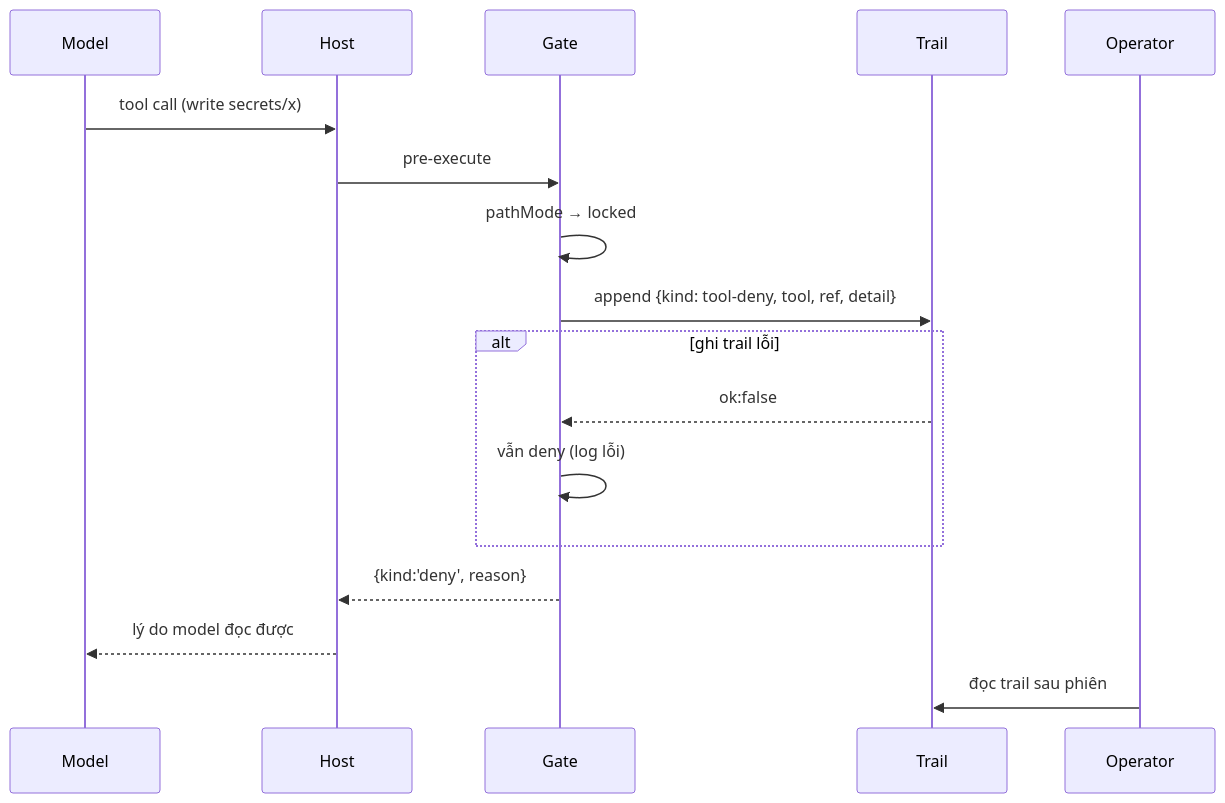
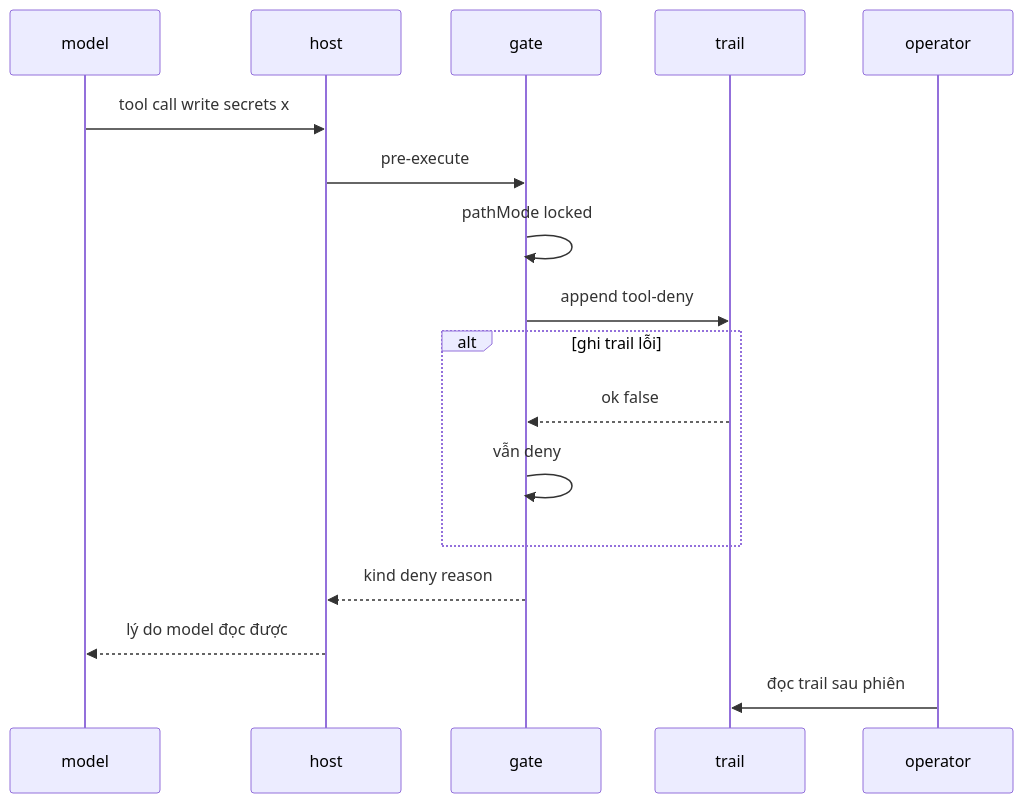
The eighth of 8 diagrams in documents/07.how-it-works/03.pipelines.md (thangs2/harness-eso), drawn with Mermaid before and after one commit. The commit also changed other lines of this file and 10 other files, not shown here.

First line of the commit message:
docs: redraw the how-it-works pack under one mermaid standard

````diff
--- a/documents/07.how-it-works/03.pipelines.md
+++ b/documents/07.how-it-works/03.pipelines.md
@@ -162,19 +210,21 @@
 ```mermaid
 sequenceDiagram
-  participant M as Model
-  participant H as Host
-  participant G as Gate
-  participant T as Trail
-  participant U as Operator
-  M->>H: tool call (write secrets/x)
-  H->>G: pre-execute
-  G->>G: pathMode → locked
-  G->>T: append {kind: tool-deny, tool, ref, detail}
-  alt ghi trail lỗi
-    T-->>G: ok:false
-    G->>G: vẫn deny (log lỗi)
-  end
-  G-->>H: {kind:'deny', reason}
-  H-->>M: lý do model đọc được
-  U->>T: đọc trail sau phiên
+    participant M as model
+    participant H as host
+    participant G as gate
+    participant T as trail
+    participant U as operator
+
+    M->>H: tool call write secrets x
+    H->>G: pre-execute
+    G->>G: pathMode locked
+    G->>T: append tool-deny
+    alt ghi trail lỗi
+        T-->>G: ok false
+        G->>G: vẫn deny
+    end
+    G-->>H: kind deny reason
+    H-->>M: lý do model đọc được
+    U->>T: đọc trail sau phiên
+
 ```
````
